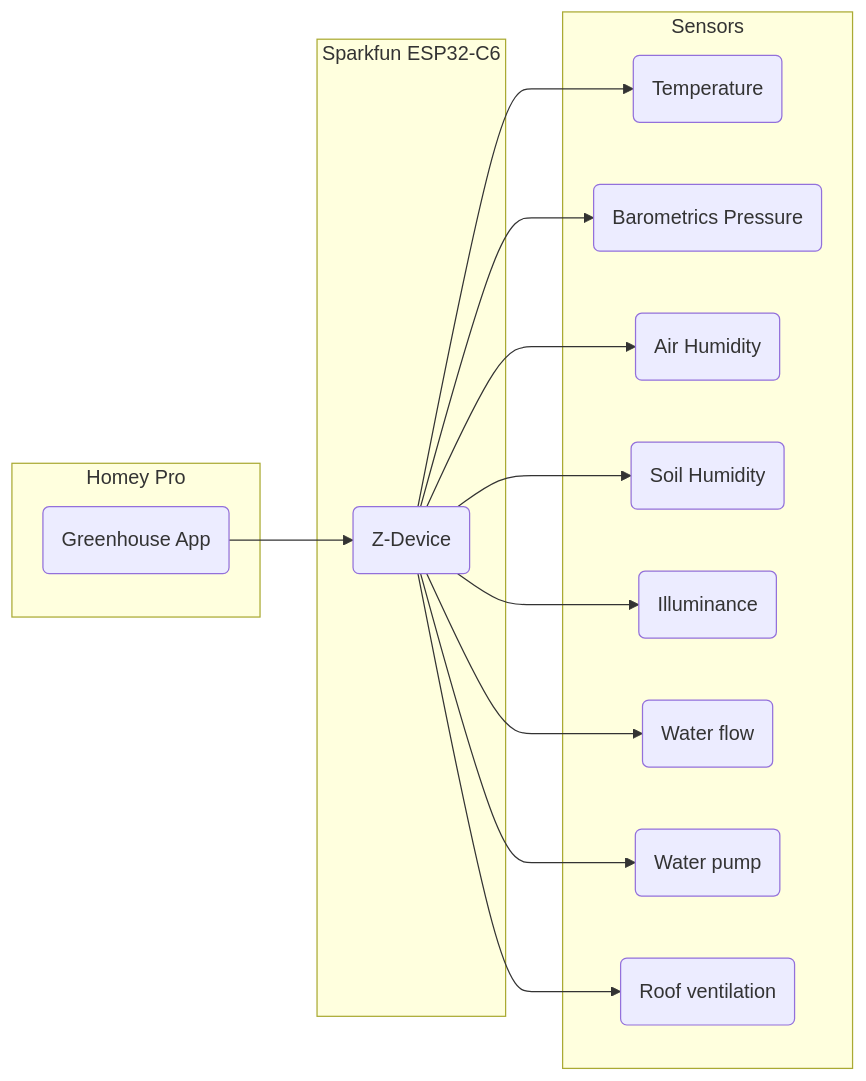
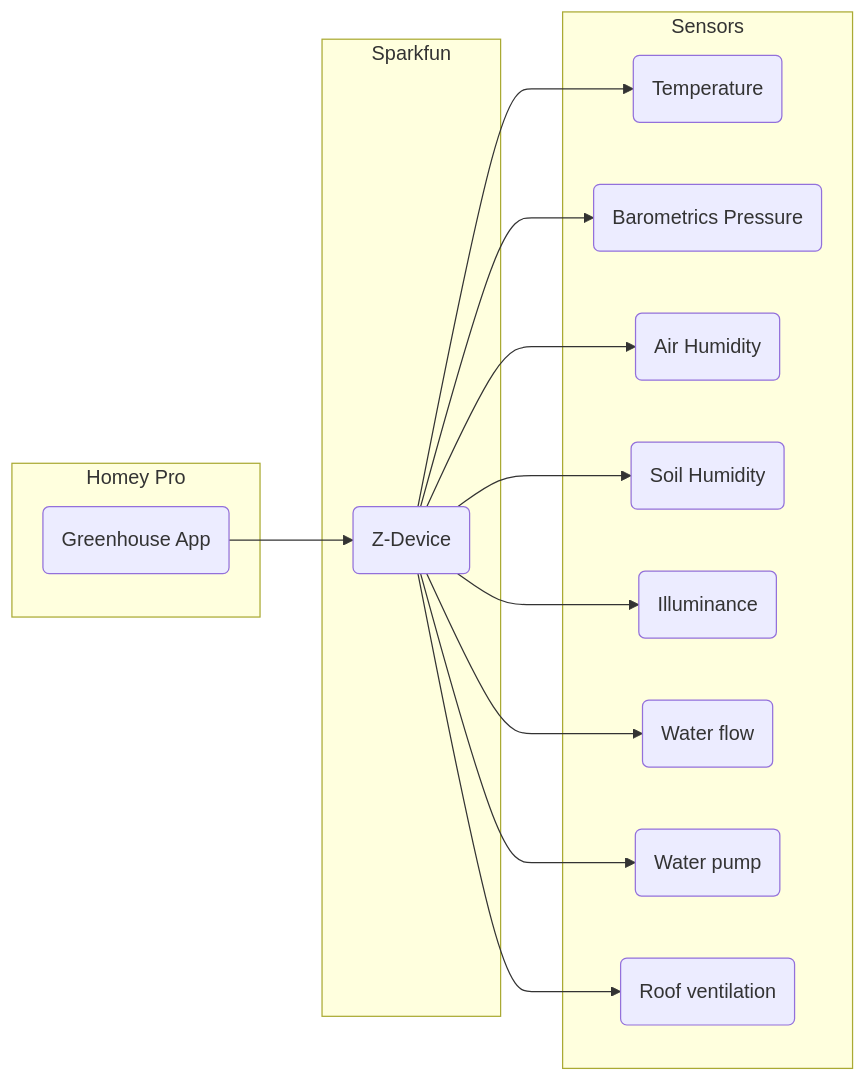
The diagram in doc/README.md (dnulnets/greenhouse), drawn with Mermaid before and after one commit.

Commit message:
Updated zigbee model

````diff
--- a/doc/README.md
+++ b/doc/README.md
@@ -5,29 +5,29 @@
 ```mermaid
 %%| fig-width: 1
 flowchart LR
     subgraph Homey Pro
     app("Greenhouse App")
     end
-    subgraph Sparkfun ESP32-C6
+    subgraph Sparkfun
     zd("Z-Device")
     end
     subgraph Sensors
     TE("Temperature")
     PR("Barometrics Pressure")
     RH("Air Humidity")
     SH("Soil Humidity")
     IL("Illuminance")
     FL("Water flow")
     WP("Water pump")
     VE("Roof ventilation")
     end
     zd-->TE
     zd-->PR
     zd-->RH
     zd-->SH
     zd-->IL
     zd-->FL
     zd-->WP
     zd-->VE
     app-->zd
 ```
````
